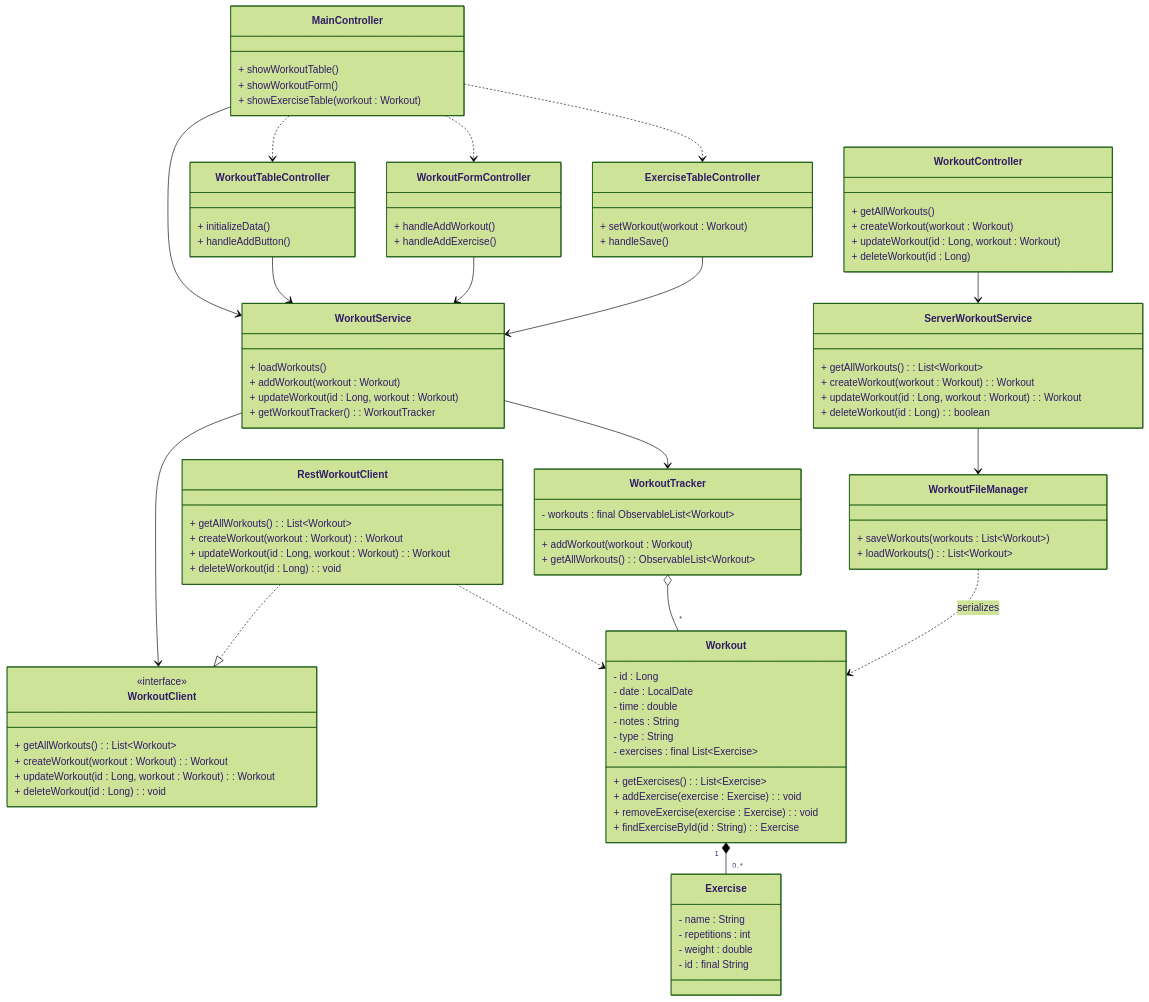
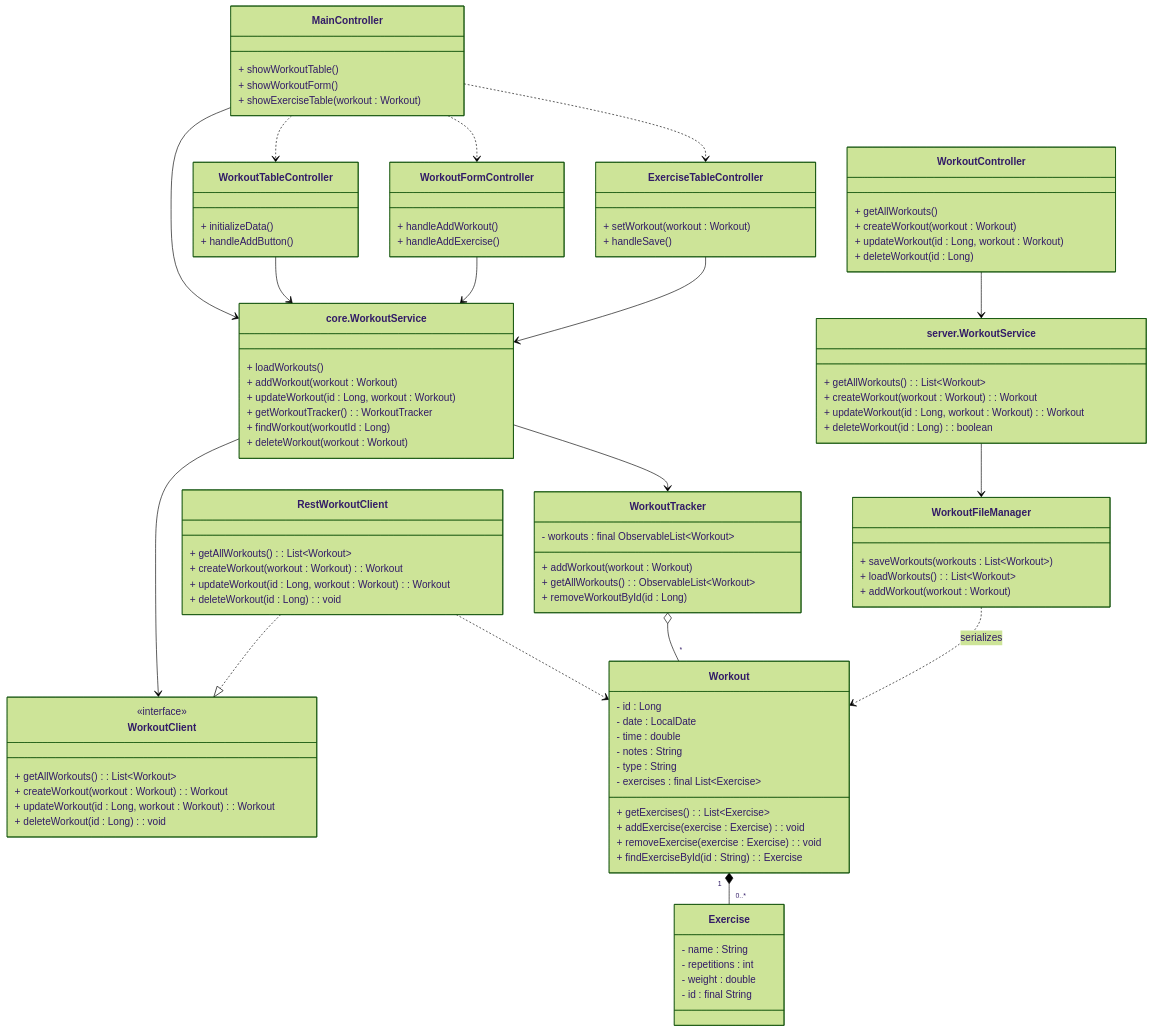
Before and after one commit to MadsNotland/ITP1901: the diagram in docs/release3/class-diagram-release3.md, drawn with Mermaid (forest theme). The commit also changed 3 other files, not shown here.

First line of the commit message:
docs: update class and package diagrams to reflect new architectural layer structure

````diff
--- a/docs/release3/class-diagram-release3.md
+++ b/docs/release3/class-diagram-release3.md
@@ -9,7 +9,7 @@
 classDiagram
 direction TB
 
-%% UI layer
+%% === UI Layer ===
 class MainController {
   + showWorkoutTable()
   + showWorkoutForm()
@@ -28,12 +28,14 @@
   + handleSave()
 }
 
-%% Application services
-class WorkoutService {
+%% === Core  Layer (Business & Domain Logic) ===
+class core.WorkoutService {
   + loadWorkouts()
   + addWorkout(workout : Workout)
   + updateWorkout(id : Long, workout : Workout)
   + getWorkoutTracker() : WorkoutTracker
+  + findWorkout(workoutId : Long)
+  + deleteWorkout(workout : Workout)
 }
 class WorkoutClient {
   <<interface>>
@@ -49,11 +51,11 @@
   + deleteWorkout(id : Long) : void
 }
 
-%% Domain
 class WorkoutTracker {
   - workouts : final ObservableList~Workout~
   + addWorkout(workout : Workout)
   + getAllWorkouts() : ObservableList~Workout~
+  + removeWorkoutById(id : Long)
 }
 class Workout {
   - id : Long
@@ -74,12 +76,15 @@
   - id : final String
 }
 
-%% Persistence & server
+%% === Persistence Layer ===
 class WorkoutFileManager {
   + saveWorkouts(workouts : List~Workout~)
   + loadWorkouts() : List~Workout~
+  + addWorkout(workout : Workout)
 }
-class ServerWorkoutService {
+
+%% === Server Layer ===
+class server.WorkoutService {
   + getAllWorkouts() : List~Workout~
   + createWorkout(workout : Workout) : Workout
   + updateWorkout(id : Long, workout : Workout) : Workout
@@ -92,17 +97,17 @@
   + deleteWorkout(id : Long)
 }
 
-%% Relationships
-MainController --> WorkoutService
+%% === Relationships ===
+MainController --> core.WorkoutService
 MainController ..> WorkoutTableController
 MainController ..> WorkoutFormController
 MainController ..> ExerciseTableController
-WorkoutTableController --> WorkoutService
-WorkoutFormController --> WorkoutService
-ExerciseTableController --> WorkoutService
+WorkoutTableController --> core.WorkoutService
+WorkoutFormController --> core.WorkoutService
+ExerciseTableController --> core.WorkoutService
 
-WorkoutService --> WorkoutTracker
-WorkoutService --> WorkoutClient
+core.WorkoutService --> WorkoutTracker
+core.WorkoutService --> WorkoutClient
 RestWorkoutClient ..|> WorkoutClient
 RestWorkoutClient ..> Workout
 
@@ -110,6 +115,6 @@
 Workout "1" *-- "0..*" Exercise
 WorkoutFileManager ..> Workout : serializes
 
-ServerWorkoutService --> WorkoutFileManager
-WorkoutController --> ServerWorkoutService
+server.WorkoutService --> WorkoutFileManager
+WorkoutController --> server.WorkoutService
 ```
````
